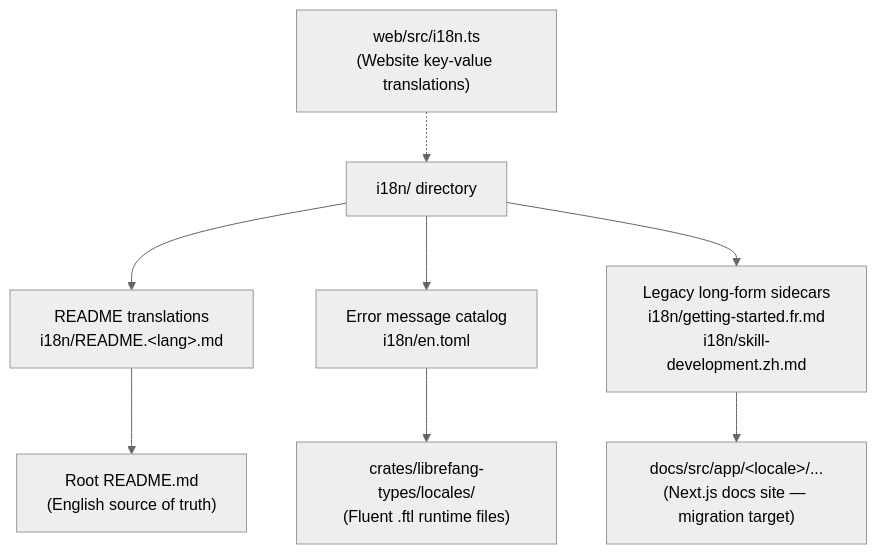
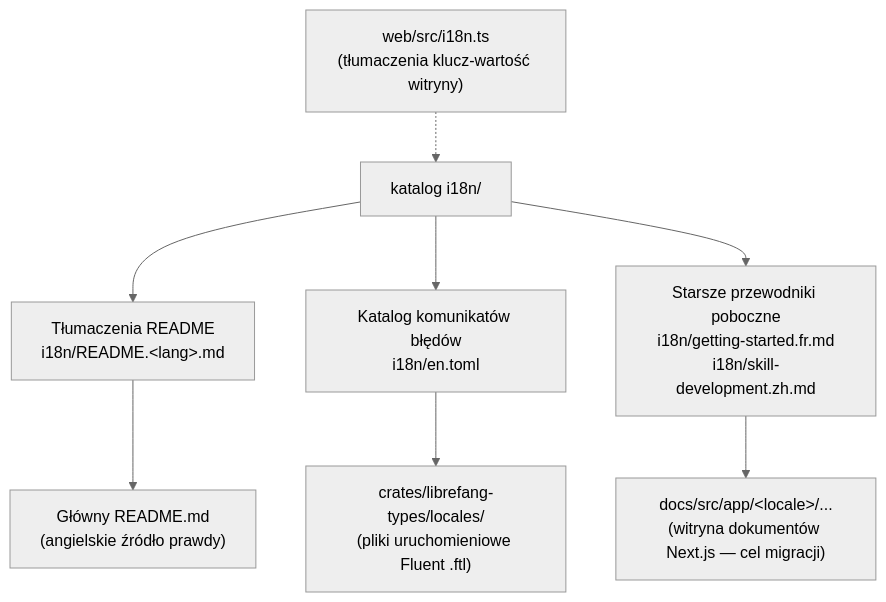
One commit to leszek3737/librefang-WIki changed the diagram in i18n.md. Above: the diagram before and after it, drawn with Mermaid (neutral theme). The commit also changed other lines of this file and 104 other files, not shown here.

````diff
--- a/i18n.md
+++ b/i18n.md
@@ -13,10 +13,10 @@
 ```mermaid
 graph TD
-    A["i18n/ directory"] --> B["README translations<br/>i18n/README.&lt;lang&gt;.md"]
-    A --> C["Error message catalog<br/>i18n/en.toml"]
-    A --> D["Legacy long-form sidecars<br/>i18n/getting-started.fr.md<br/>i18n/skill-development.zh.md"]
-    B --> E["Root README.md<br/>(English source of truth)"]
-    C --> F["crates/librefang-types/locales/<br/>(Fluent .ftl runtime files)"]
-    D --> G["docs/src/app/&lt;locale&gt;/...<br/>(Next.js docs site — migration target)"]
-    H["web/src/i18n.ts<br/>(Website key-value translations)"] -.-> A
+    A["katalog i18n/"] --> B["Tłumaczenia README<br/>i18n/README.&lt;lang&gt;.md"]
+    A --> C["Katalog komunikatów błędów<br/>i18n/en.toml"]
+    A --> D["Starsze przewodniki poboczne<br/>i18n/getting-started.fr.md<br/>i18n/skill-development.zh.md"]
+    B --> E["Główny README.md<br/>(angielskie źródło prawdy)"]
+    C --> F["crates/librefang-types/locales/<br/>(pliki uruchomieniowe Fluent .ftl)"]
+    D --> G["docs/src/app/&lt;locale&gt;/...<br/>(witryna dokumentów Next.js — cel migracji)"]
+    H["web/src/i18n.ts<br/>(tłumaczenia klucz-wartość witryny)"] -.-> A
 ```
````
